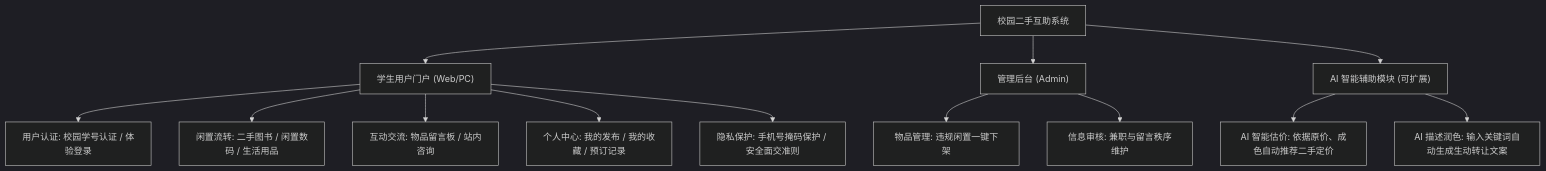
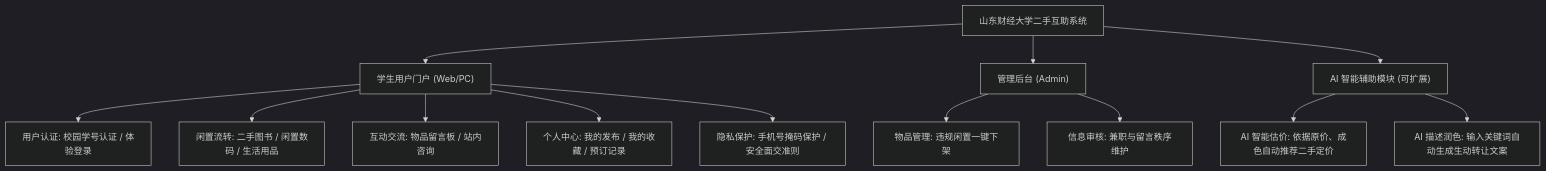
Before and after one commit to EscoffierZhou/Secondhand-goods-on-campus: the diagram in README.md, drawn with Mermaid (dark theme). The commit also changed other lines of this file and 16 other files, not shown here.

````diff
--- a/README.md
+++ b/README.md
@@ -29,18 +36,18 @@
 ```mermaid
 graph TD
-    A["校园二手互助系统"] --> B["学生用户门户 (Web/PC)"]
+    A["山东财经大学二手互助系统"] --> B["学生用户门户 (Web/PC)"]
     A --> C["管理后台 (Admin)"]
     A --> D["AI 智能辅助模块 (可扩展)"]
 
     B --> B1["用户认证: 校园学号认证 / 体验登录"]
     B --> B2["闲置流转: 二手图书 / 闲置数码 / 生活用品"]
     B --> B3["互动交流: 物品留言板 / 站内咨询"]
     B --> B4["个人中心: 我的发布 / 我的收藏 / 预订记录"]
     B --> B5["隐私保护: 手机号掩码保护 / 安全面交准则"]
 
     C --> C1["物品管理: 违规闲置一键下架"]
     C --> C2["信息审核: 兼职与留言秩序维护"]
 
     D --> D1["AI 智能估价: 依据原价、成色自动推荐二手定价"]
     D --> D2["AI 描述润色: 输入关键词自动生成生动转让文案"]
 ```
````
